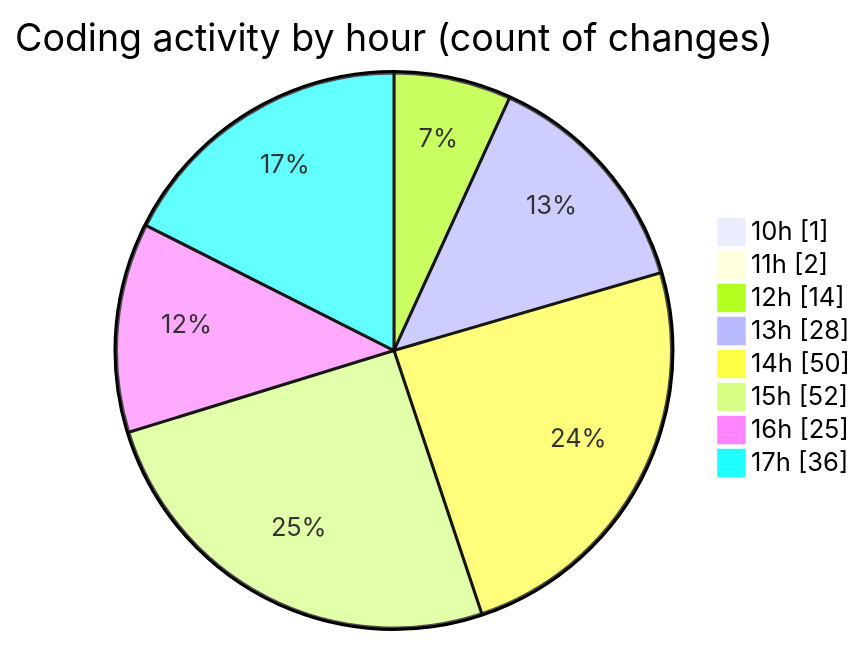
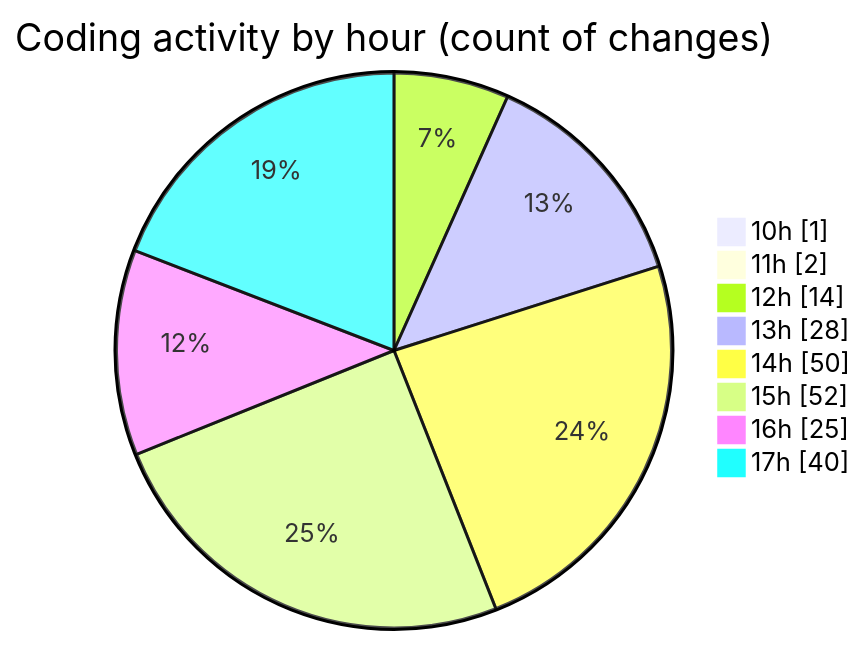
Before and after one commit to momahboobian/code-tracking: the second of 2 diagrams in 2026-11-02/cda/README.md, drawn with Mermaid. The commit also changed other lines of this file and 1 other file, not shown here.

````diff
--- a/2026-11-02/cda/README.md
+++ b/2026-11-02/cda/README.md
@@ -96,12 +96,12 @@
 ```mermaid
 pie showData
 title Coding activity by hour (count of changes)
 "10h" : 1
 "11h" : 2
 "12h" : 14
 "13h" : 28
 "14h" : 50
 "15h" : 52
 "16h" : 25
-"17h" : 36
+"17h" : 40
 ```
````
